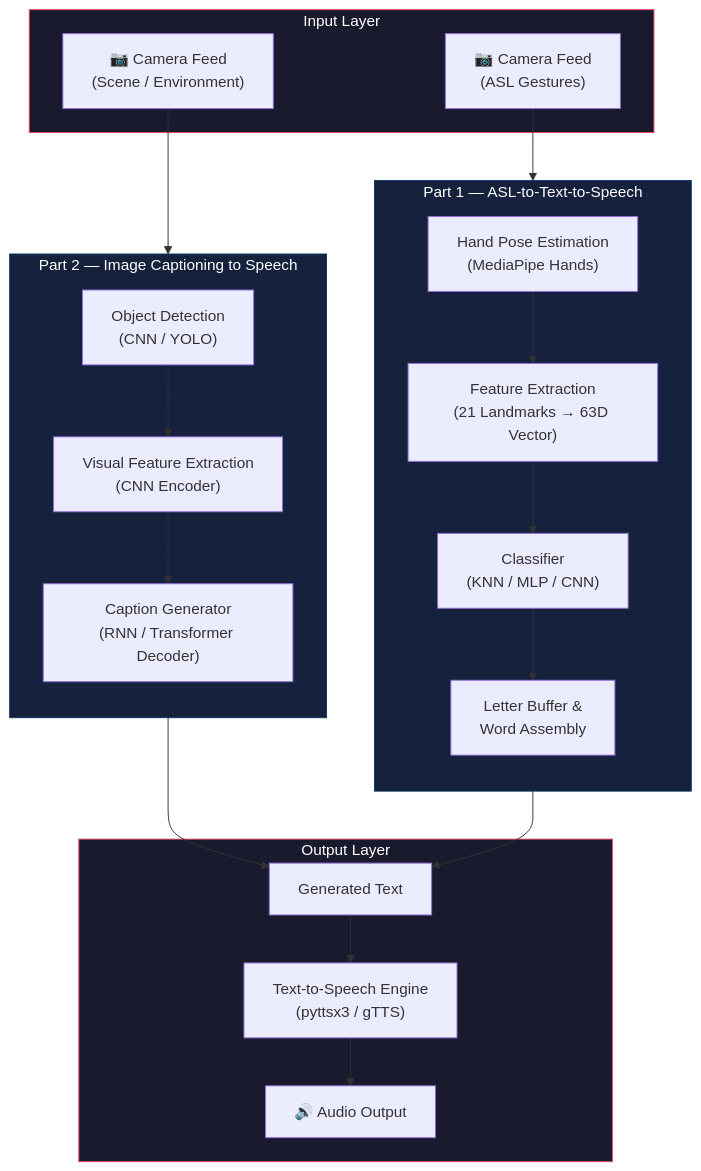
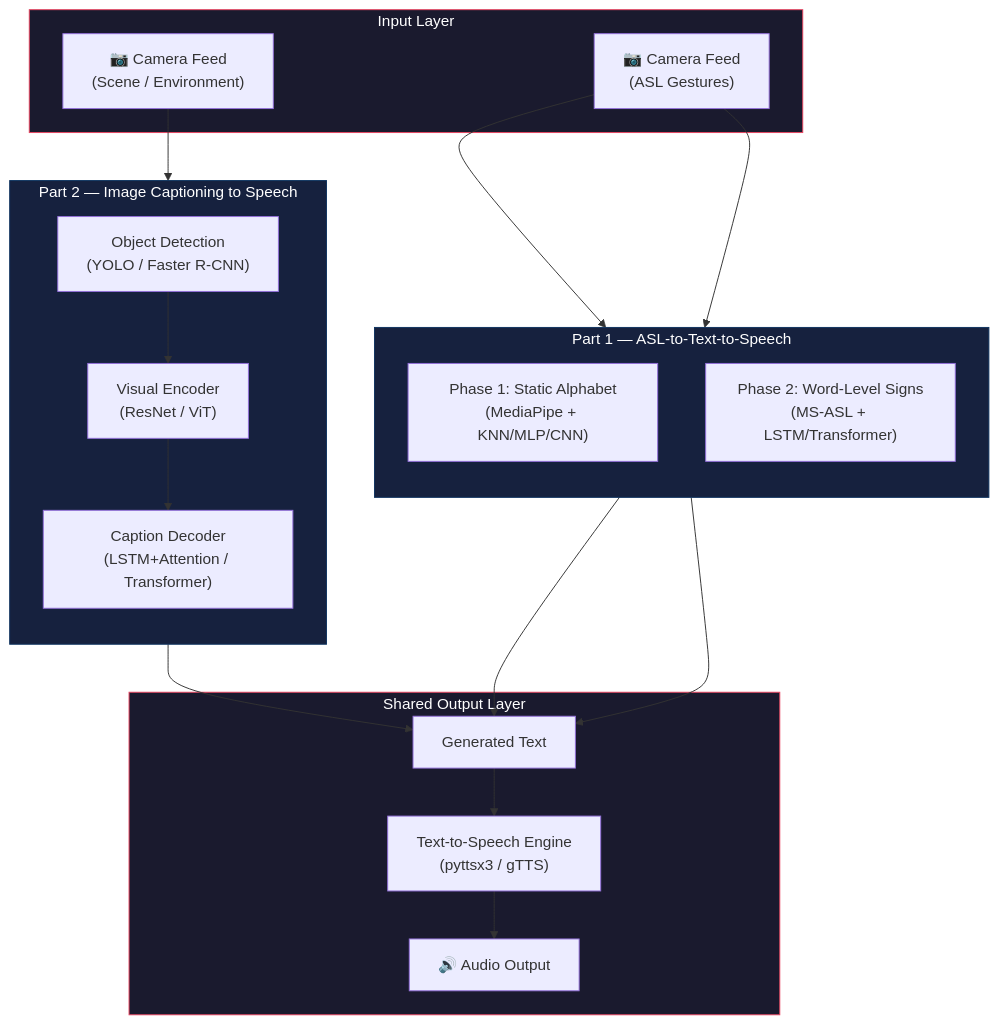
Before and after one commit to InvictusRex/Fulcrum: the first of 11 diagrams in README.md, drawn with Mermaid. The commit also changed other lines of this file, not shown here.

Commit message:
docs: Updated README.md to reflect current progression & future roadmap

````diff
--- a/README.md
+++ b/README.md
@@ -33,37 +13,36 @@
 ```mermaid
 graph TB
     subgraph INPUT ["Input Layer"]
         CAM1["📷 Camera Feed<br/>(ASL Gestures)"]
         CAM2["📷 Camera Feed<br/>(Scene / Environment)"]
     end
 
     subgraph PART1 ["Part 1 — ASL-to-Text-to-Speech"]
         direction TB
-        HP["Hand Pose Estimation<br/>(MediaPipe Hands)"]
-        FE1["Feature Extraction<br/>(21 Landmarks → 63D Vector)"]
-        CLF["Classifier<br/>(KNN / MLP / CNN)"]
-        BUF["Letter Buffer &<br/>Word Assembly"]
+        P1A["Phase 1: Static Alphabet<br/>(MediaPipe + KNN/MLP/CNN)"]
+        P1B["Phase 2: Word-Level Signs<br/>(MS-ASL + LSTM/Transformer)"]
     end
 
     subgraph PART2 ["Part 2 — Image Captioning to Speech"]
         direction TB
-        OD["Object Detection<br/>(CNN / YOLO)"]
-        FE2["Visual Feature Extraction<br/>(CNN Encoder)"]
-        CAP["Caption Generator<br/>(RNN / Transformer Decoder)"]
+        OD["Object Detection<br/>(YOLO / Faster R-CNN)"]
+        ENC["Visual Encoder<br/>(ResNet / ViT)"]
+        DEC["Caption Decoder<br/>(LSTM+Attention / Transformer)"]
     end
 
-    subgraph OUTPUT ["Output Layer"]
+    subgraph OUTPUT ["Shared Output Layer"]
         TXT["Generated Text"]
         TTS["Text-to-Speech Engine<br/>(pyttsx3 / gTTS)"]
         SPK["🔊 Audio Output"]
     end
 
-    CAM1 --> HP --> FE1 --> CLF --> BUF --> TXT
-    CAM2 --> OD --> FE2 --> CAP --> TXT
+    CAM1 --> P1A --> TXT
+    CAM1 --> P1B --> TXT
+    CAM2 --> OD --> ENC --> DEC --> TXT
     TXT --> TTS --> SPK
 
     style INPUT fill:#1a1a2e,stroke:#e94560,color:#fff
     style PART1 fill:#16213e,stroke:#0f3460,color:#fff
     style PART2 fill:#16213e,stroke:#0f3460,color:#fff
     style OUTPUT fill:#1a1a2e,stroke:#e94560,color:#fff
 ```
````
